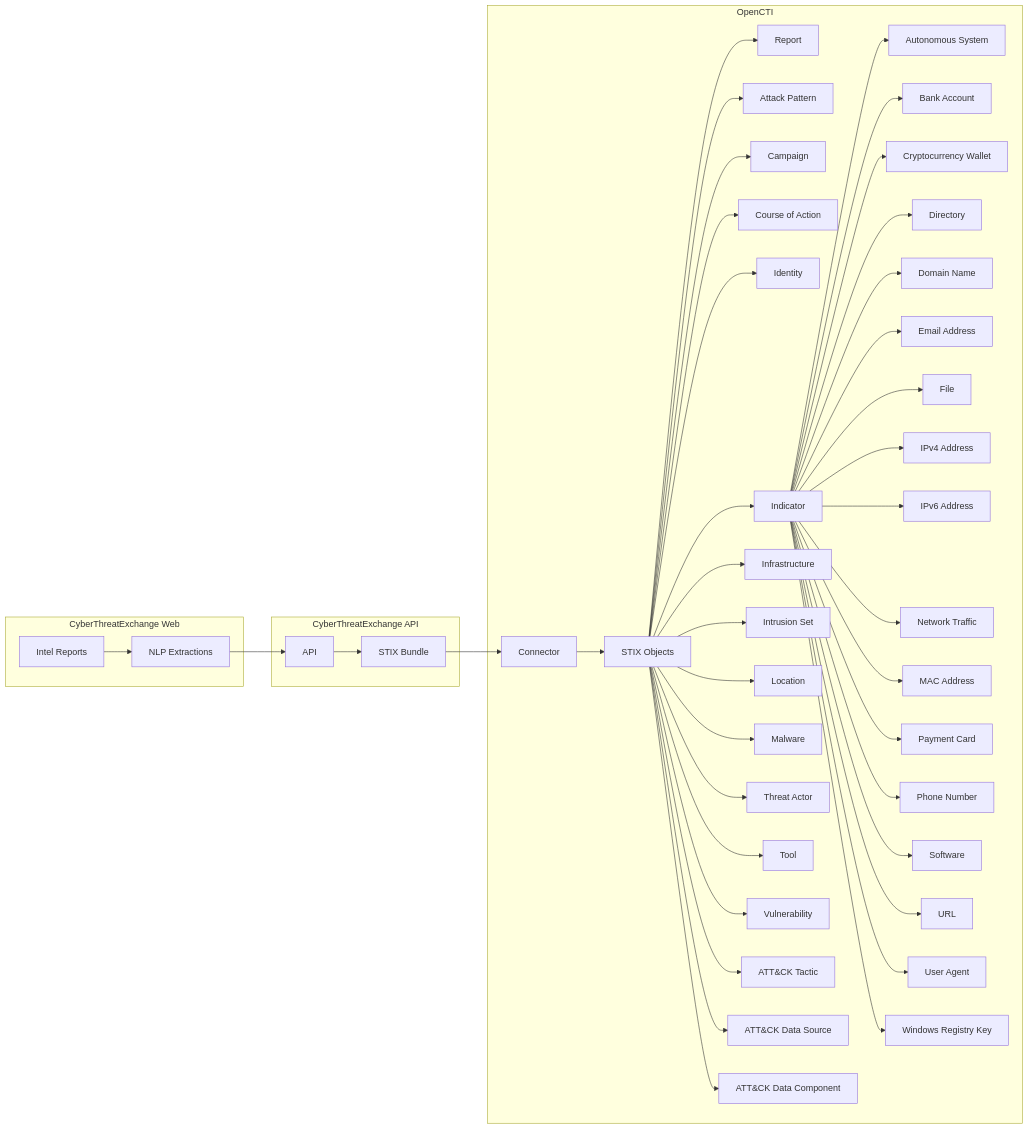
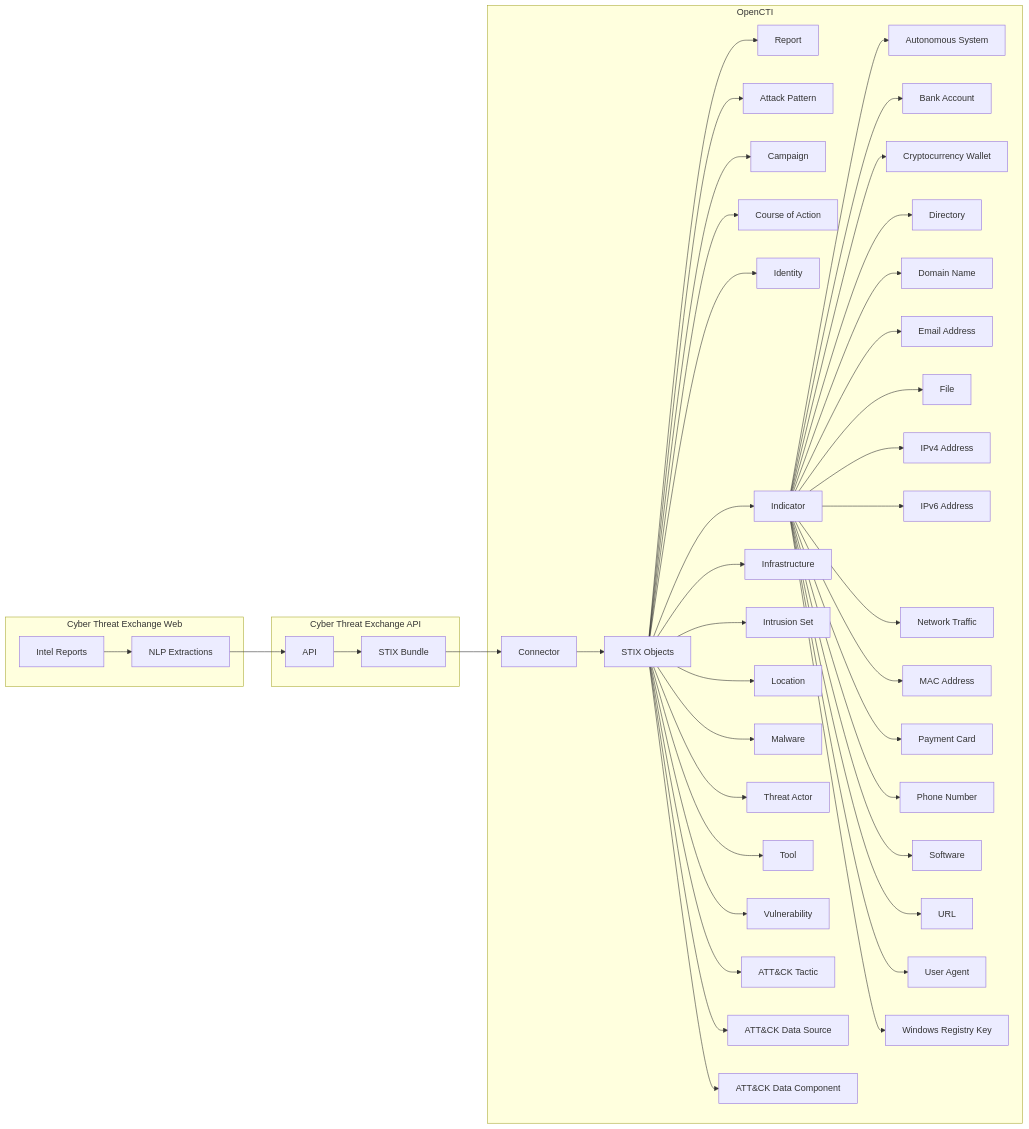
Before and after one commit to OpenCTI-Platform/connectors: the diagram in external-import/dogesec-cyberthreatexchange/README.md, drawn with Mermaid. The commit also changed other lines of this file and 1 other file, not shown here.

````diff
--- a/external-import/dogesec-cyberthreatexchange/README.md
+++ b/external-import/dogesec-cyberthreatexchange/README.md
@@ -138,63 +125,63 @@
 ```mermaid
 graph LR
-    %% Box 1: CyberThreatExchange Web
-    subgraph CyberThreatExchange_Web["CyberThreatExchange Web"]
+    %% Box 1: Cyber Threat Exchange Web
+    subgraph CyberThreatExchange_Web["Cyber Threat Exchange Web"]
         Reports[Intel Reports]
         NLP[NLP Extractions]
         Reports --> NLP
     end
 
-    %% Box 2: CyberThreatExchange API
-    subgraph CyberThreatExchange_API["CyberThreatExchange API"]
+    %% Box 2: Cyber Threat Exchange API
+    subgraph CyberThreatExchange_API["Cyber Threat Exchange API"]
         API[API]
         Bundle[STIX Bundle]
         API --> Bundle
     end
     
     %% Box 3: OpenCTI
     subgraph OpenCTI["OpenCTI"]
         Connector[Connector]
         STIX[STIX Objects]
 
         Connector --> STIX
         STIX --> report[Report]
         STIX --> attack-pattern[Attack Pattern]
         STIX --> campaign[Campaign]
         STIX --> course-of-action[Course of Action]
         STIX --> identity[Identity]
         STIX --> indicator[Indicator]
         STIX --> infrastructure[Infrastructure]
         STIX --> intrusion-set[Intrusion Set]
         STIX --> location[Location]
         STIX --> malware[Malware]
         STIX --> threat-actor[Threat Actor]
         STIX --> tool[Tool]
         STIX --> vulnerability[Vulnerability]
         STIX --> x-mitre-tactic[ATT&CK Tactic]
         STIX --> x-mitre-data-source[ATT&CK Data Source]
         STIX --> x-mitre-data-component[ATT&CK Data Component]
 
         indicator --> autonomous-system[Autonomous System]
         indicator --> bank-account[Bank Account]
         indicator --> cryptocurrency-wallet[Cryptocurrency Wallet]
         indicator --> directory[Directory]
         indicator --> domain-name[Domain Name]
         indicator --> email-addr[Email Address]
         indicator --> file[File]
         indicator --> ipv4-addr[IPv4 Address]
         indicator --> ipv6-addr[IPv6 Address]
         indicator --> network-traffic[Network Traffic]
         indicator --> mac-addr[MAC Address]
         indicator --> payment-card[Payment Card]
         indicator --> phone-number[Phone Number]
         indicator --> software[Software]
         indicator --> url[URL]
         indicator --> user-agent[User Agent]
         indicator --> windows-registry-key[Windows Registry Key]
     end
 
     %% Cross-section flow
     NLP --> API
     Bundle --> Connector
 
 ```
````
